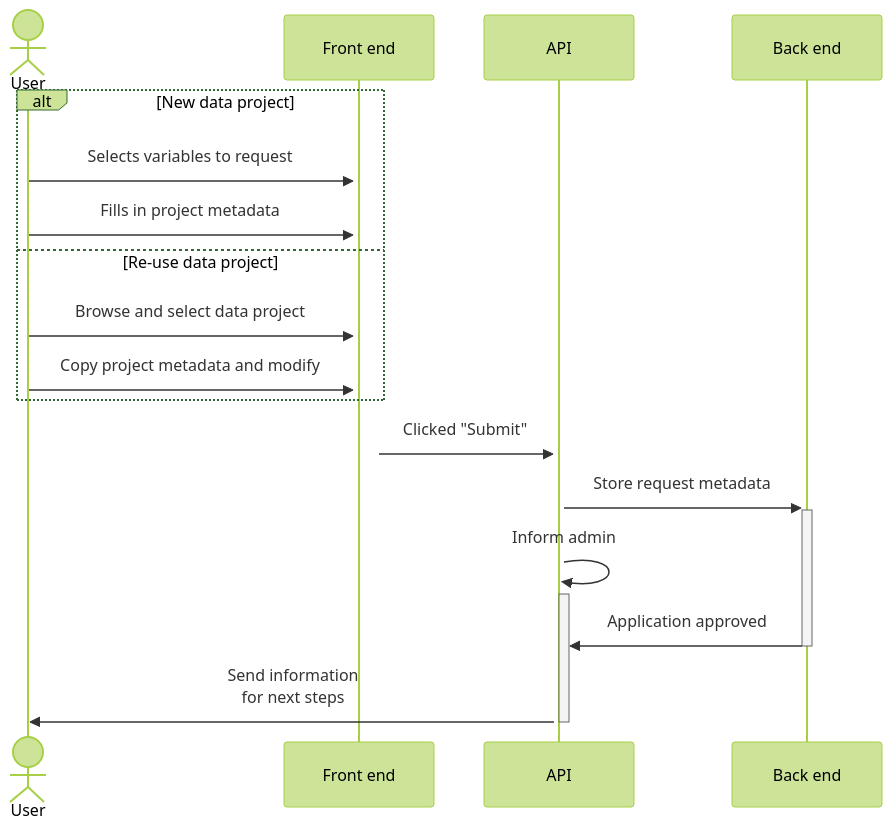
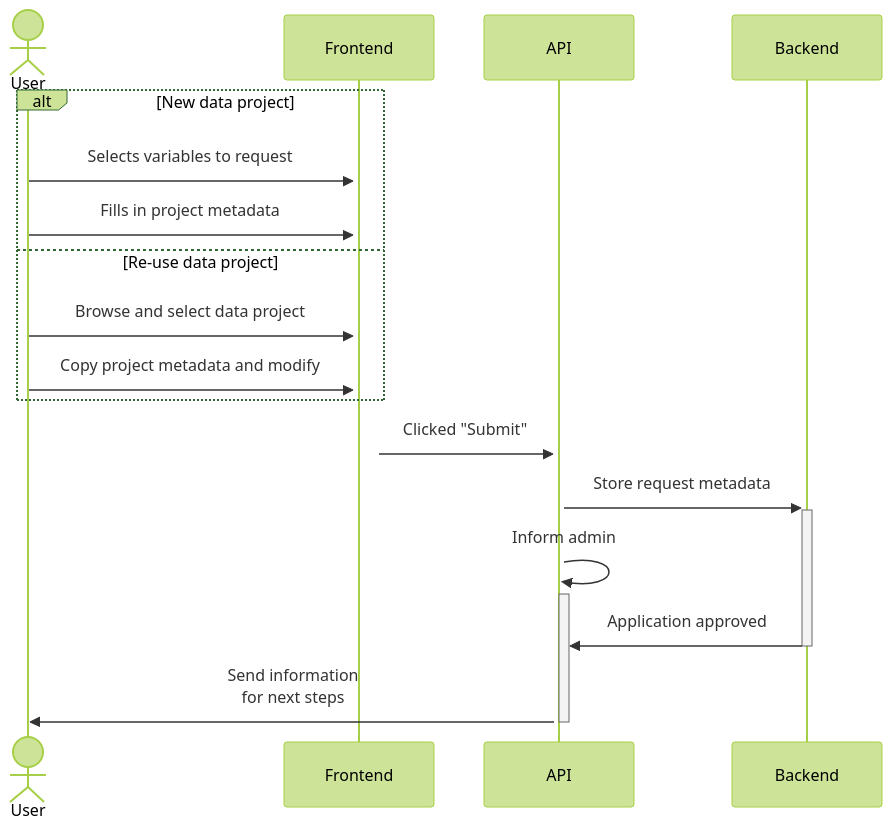
One commit to seedcase-project/seedcase-website changed the second of 2 diagrams in design/software-architecture/runtime-view.qmd. Above: the diagram before and after it, drawn with Mermaid (forest theme). The commit also changed other lines of this file and 9 other files, not shown here.

First line of the commit message:
Standardize frontend and backend

````diff
--- a/design/software-architecture/runtime-view.qmd
+++ b/design/software-architecture/runtime-view.qmd
@@ -195,24 +195,24 @@
 ```{mermaid data-request}
 %%| label: fig-data-request
 %%| fig-cap: "Logged in user who is requesting data from a Data Resource."
 sequenceDiagram
     actor User
     
-    participant f as Front end
+    participant f as Frontend
     participant api as API
-    participant be as Back end
+    participant be as Backend
     
     alt New data project
       User ->>+ f: Selects variables to request
       User ->>+ f: Fills in project metadata
     else Re-use data project
       User ->>+ f: Browse and select data project
       User ->>+ f: Copy project metadata and modify
     end
     
     f ->>+ api: Clicked "Submit"
     api ->>+ be: Store request metadata
     api ->>+ api: Inform admin
     be ->>- api: Application approved
     api ->>- User: Send information<br>for next steps
 ```
````
